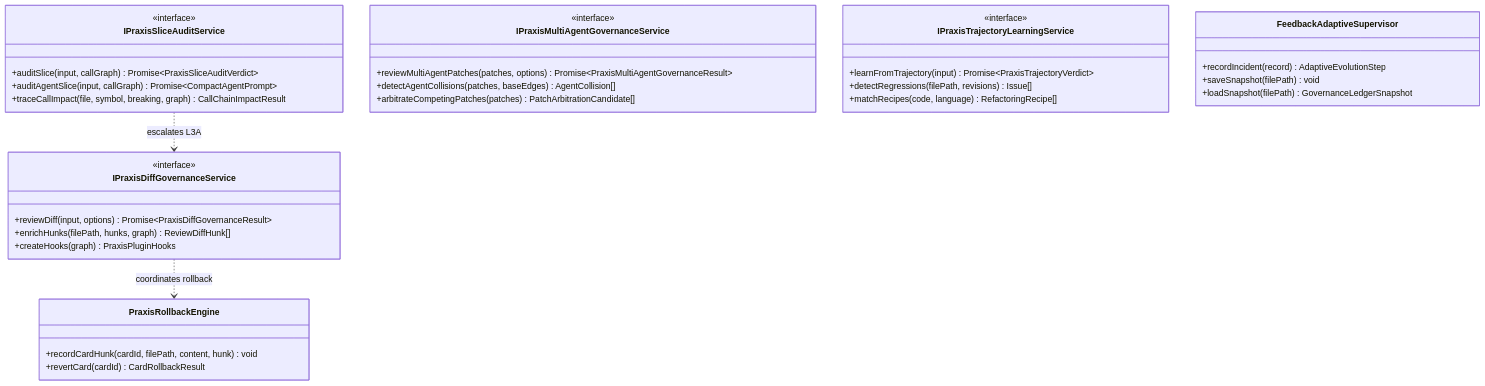
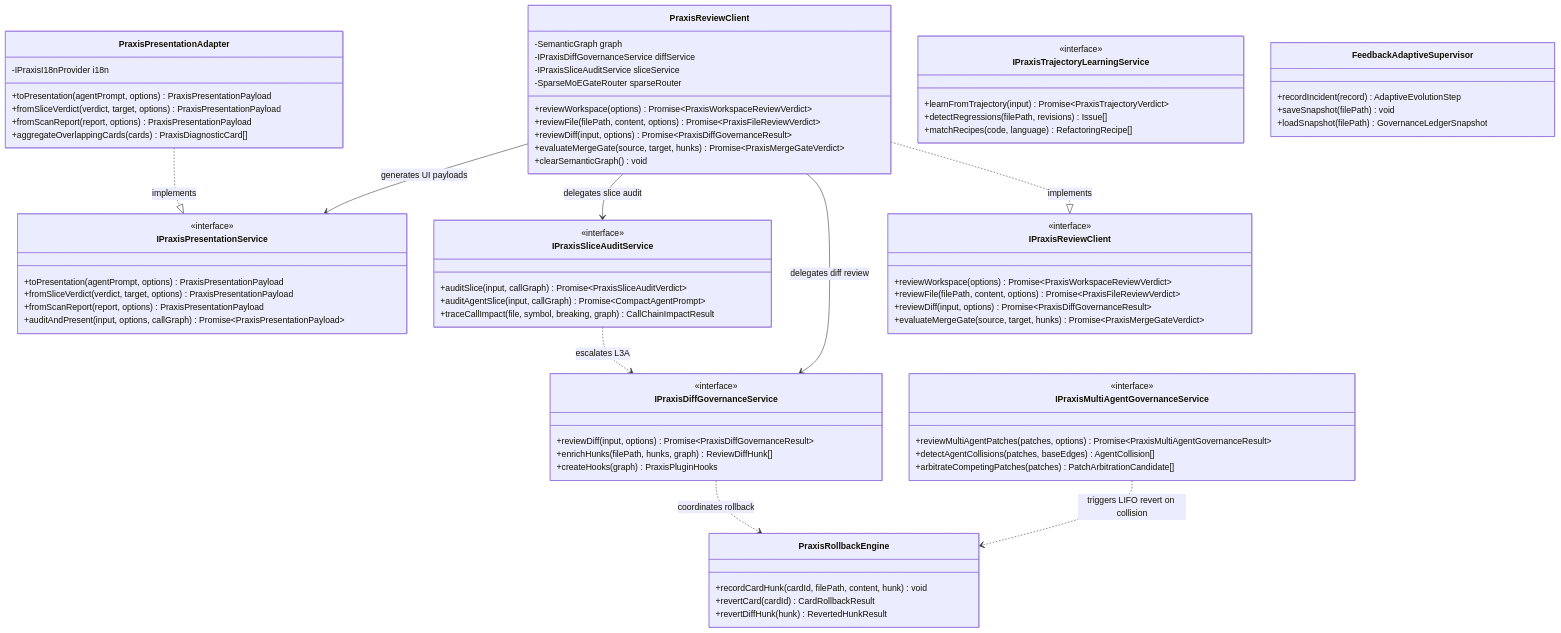
One commit to guilingzhouyi-creator/vscode-extensions changed the diagram in auto-refactor/docs/diagrams/diff-class-diagram.mermaid. Above: the diagram before and after it, drawn with Mermaid. The commit also changed 28 other files, not shown here.

First line of the commit message:
docs(architecture): 全量对齐系统架构与规则体系技术文档

```diff
--- a/auto-refactor/docs/diagrams/diff-class-diagram.mermaid
+++ b/auto-refactor/docs/diagrams/diff-class-diagram.mermaid
@@ -1,42 +1,85 @@
 classDiagram
+    class IPraxisReviewClient {
+        <<interface>>
+        +reviewWorkspace(options) Promise~PraxisWorkspaceReviewVerdict~
+        +reviewFile(filePath, content, options) Promise~PraxisFileReviewVerdict~
+        +reviewDiff(input, options) Promise~PraxisDiffGovernanceResult~
+        +evaluateMergeGate(source, target, hunks) Promise~PraxisMergeGateVerdict~
+    }
+
+    class PraxisReviewClient {
+        -SemanticGraph graph
+        -IPraxisDiffGovernanceService diffService
+        -IPraxisSliceAuditService sliceService
+        -SparseMoEGateRouter sparseRouter
+        +reviewWorkspace(options) Promise~PraxisWorkspaceReviewVerdict~
+        +reviewFile(filePath, content, options) Promise~PraxisFileReviewVerdict~
+        +reviewDiff(input, options) Promise~PraxisDiffGovernanceResult~
+        +evaluateMergeGate(source, target, hunks) Promise~PraxisMergeGateVerdict~
+        +clearSemanticGraph() void
+    }
+
+    class IPraxisPresentationService {
+        <<interface>>
+        +toPresentation(agentPrompt, options) PraxisPresentationPayload
+        +fromSliceVerdict(verdict, target, options) PraxisPresentationPayload
+        +fromScanReport(report, options) PraxisPresentationPayload
+        +auditAndPresent(input, options, callGraph) Promise~PraxisPresentationPayload~
+    }
+
+    class PraxisPresentationAdapter {
+        -IPraxisI18nProvider i18n
+        +toPresentation(agentPrompt, options) PraxisPresentationPayload
+        +fromSliceVerdict(verdict, target, options) PraxisPresentationPayload
+        +fromScanReport(report, options) PraxisPresentationPayload
+        +aggregateOverlappingCards(cards) PraxisDiagnosticCard[]
+    }
+
     class IPraxisDiffGovernanceService {
         <<interface>>
         +reviewDiff(input, options) Promise~PraxisDiffGovernanceResult~
         +enrichHunks(filePath, hunks, graph) ReviewDiffHunk[]
         +createHooks(graph) PraxisPluginHooks
     }
 
     class IPraxisSliceAuditService {
         <<interface>>
         +auditSlice(input, callGraph) Promise~PraxisSliceAuditVerdict~
         +auditAgentSlice(input, callGraph) Promise~CompactAgentPrompt~
         +traceCallImpact(file, symbol, breaking, graph) CallChainImpactResult
     }
 
     class IPraxisMultiAgentGovernanceService {
         <<interface>>
         +reviewMultiAgentPatches(patches, options) Promise~PraxisMultiAgentGovernanceResult~
         +detectAgentCollisions(patches, baseEdges) AgentCollision[]
         +arbitrateCompetingPatches(patches) PatchArbitrationCandidate[]
     }
 
     class IPraxisTrajectoryLearningService {
         <<interface>>
         +learnFromTrajectory(input) Promise~PraxisTrajectoryVerdict~
         +detectRegressions(filePath, revisions) Issue[]
         +matchRecipes(code, language) RefactoringRecipe[]
     }
 
     class FeedbackAdaptiveSupervisor {
         +recordIncident(record) AdaptiveEvolutionStep
         +saveSnapshot(filePath) void
         +loadSnapshot(filePath) GovernanceLedgerSnapshot
     }
 
     class PraxisRollbackEngine {
         +recordCardHunk(cardId, filePath, content, hunk) void
         +revertCard(cardId) CardRollbackResult
+        +revertDiffHunk(hunk) RevertedHunkResult
     }
 
+    PraxisReviewClient ..|> IPraxisReviewClient : implements
+    PraxisPresentationAdapter ..|> IPraxisPresentationService : implements
+    PraxisReviewClient --> IPraxisDiffGovernanceService : delegates diff review
+    PraxisReviewClient --> IPraxisSliceAuditService : delegates slice audit
+    PraxisReviewClient --> IPraxisPresentationService : generates UI payloads
     IPraxisDiffGovernanceService ..> PraxisRollbackEngine : coordinates rollback
     IPraxisSliceAuditService ..> IPraxisDiffGovernanceService : escalates L3A
+    IPraxisMultiAgentGovernanceService ..> PraxisRollbackEngine : triggers LIFO revert on collision
```
